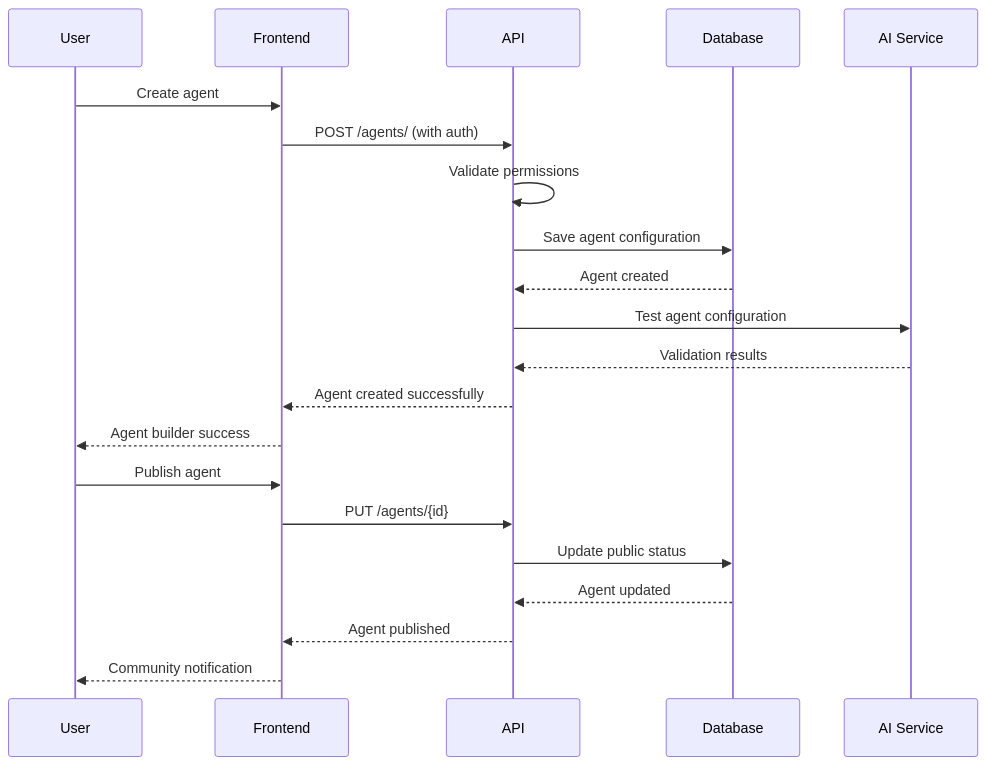
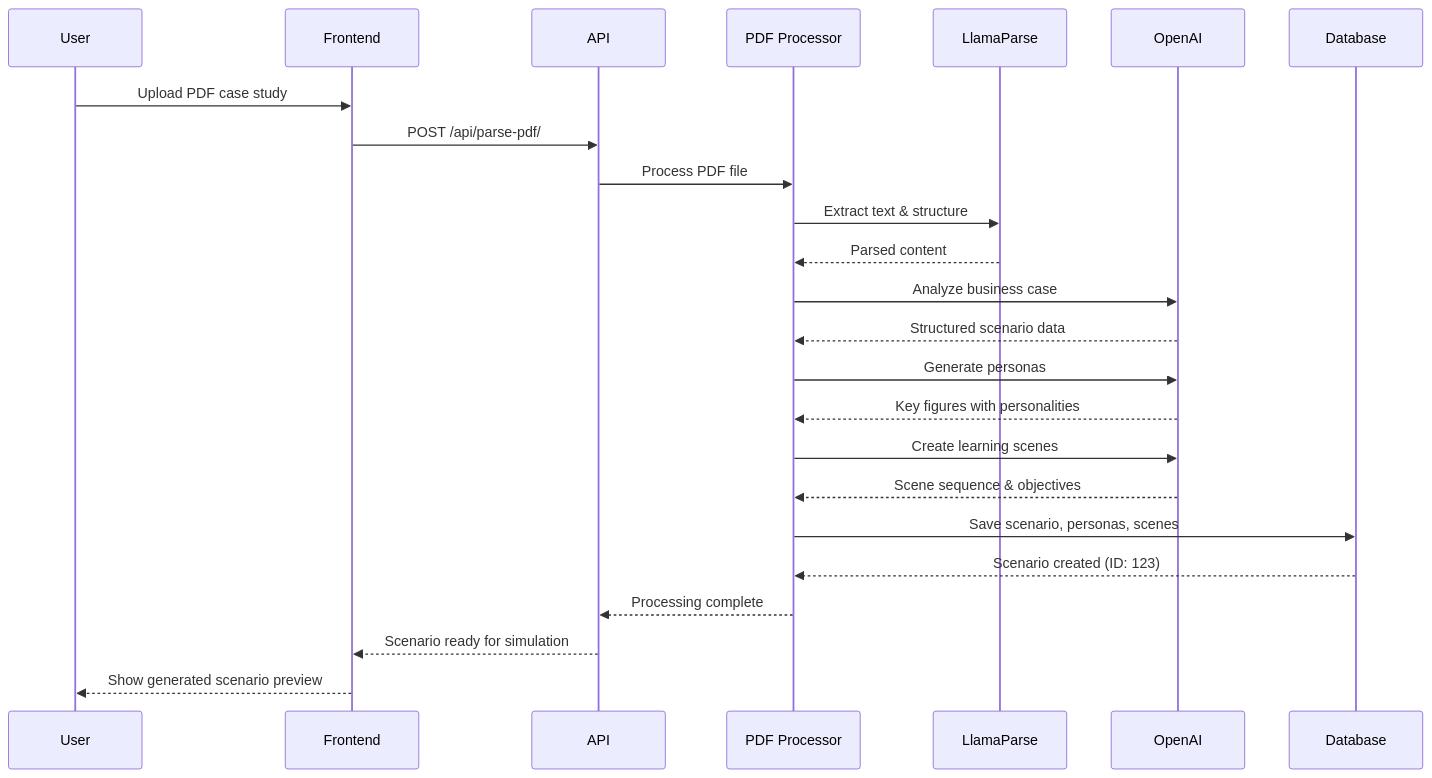
Before and after one commit to Sbcoit/forked-ai-agent-education-platform: the sixth of 7 diagrams in backend/docs/architecture/system-overview.md, drawn with Mermaid. The commit also changed other lines of this file and 5 other files, not shown here.

````diff
--- a/backend/docs/architecture/system-overview.md
+++ b/backend/docs/architecture/system-overview.md
@@ -356,25 +315,27 @@
 ```mermaid
 sequenceDiagram
     participant U as User
     participant F as Frontend
     participant A as API
+    participant PP as PDF Processor
+    participant LP as LlamaParse
+    participant AI as OpenAI
     participant DB as Database
-    participant AI as AI Service
     
-    U->>F: Create agent
-    F->>A: POST /agents/ (with auth)
-    A->>A: Validate permissions
-    A->>DB: Save agent configuration
-    DB-->>A: Agent created
-    A->>AI: Test agent configuration
-    AI-->>A: Validation results
-    A-->>F: Agent created successfully
-    F-->>U: Agent builder success
-    
-    U->>F: Publish agent
-    F->>A: PUT /agents/{id}
-    A->>DB: Update public status
-    DB-->>A: Agent updated
-    A-->>F: Agent published
-    F-->>U: Community notification
+    U->>F: Upload PDF case study
+    F->>A: POST /api/parse-pdf/
+    A->>PP: Process PDF file
+    PP->>LP: Extract text & structure
+    LP-->>PP: Parsed content
+    PP->>AI: Analyze business case
+    AI-->>PP: Structured scenario data
+    PP->>AI: Generate personas
+    AI-->>PP: Key figures with personalities
+    PP->>AI: Create learning scenes
+    AI-->>PP: Scene sequence & objectives
+    PP->>DB: Save scenario, personas, scenes
+    DB-->>PP: Scenario created (ID: 123)
+    PP-->>A: Processing complete
+    A-->>F: Scenario ready for simulation
+    F-->>U: Show generated scenario preview
 ```
````
